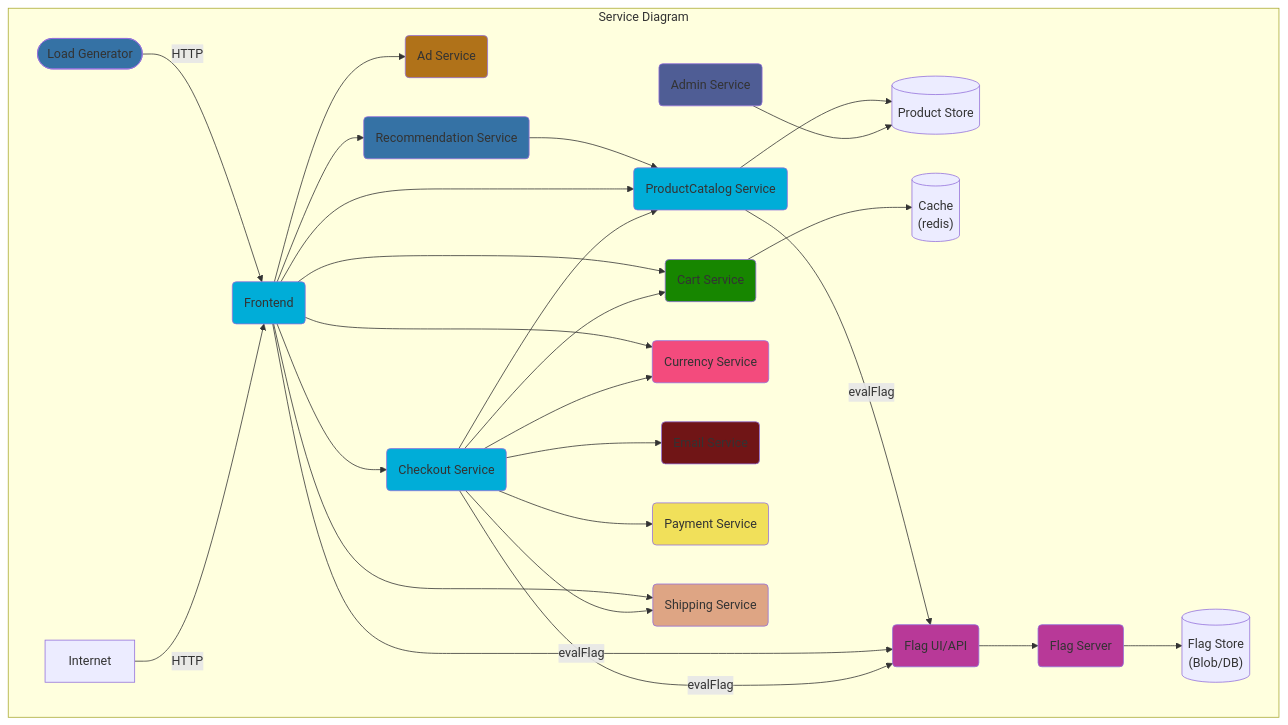
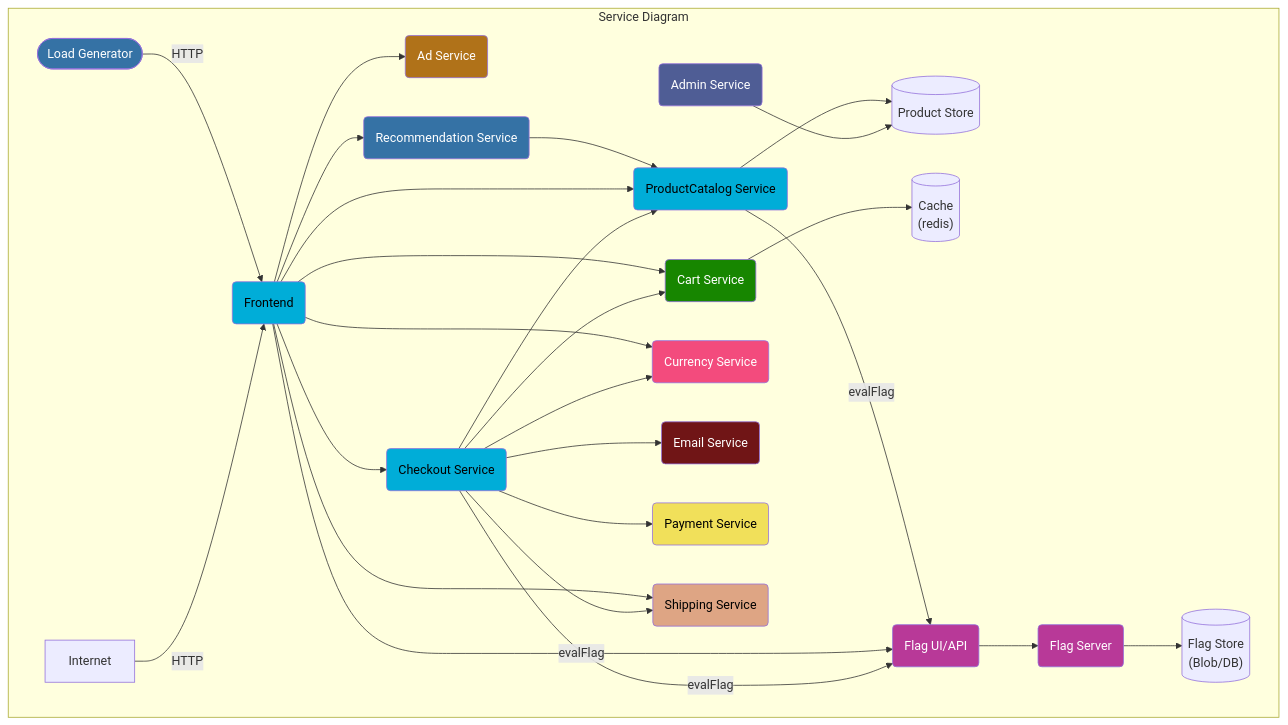
Before and after one commit to open-telemetry/opentelemetry-demo: the first of 2 diagrams in docs/v1Graph.md, drawn with Mermaid. The commit also changed other lines of this file, not shown here.

Commit message:
tweak colors of fonts

````diff
--- a/docs/v1Graph.md
+++ b/docs/v1Graph.md
@@ -5,62 +5,62 @@
 ```mermaid
 
 graph TD
 
 subgraph Service Diagram
 adservice(Ad Service):::java
 cache[(Cache<br/>&#40redis&#41)]
 cartservice(Cart Service):::dotnet
 checkoutservice(Checkout Service):::golang
 currencyservice(Currency Service):::cpp
 emailservice(Email Service):::ruby
 frontend(Frontend):::golang
 loadgenerator([Load Generator]):::python
 paymentservice(Payment Service):::nodejs
 productcatalogservice(ProductCatalog Service):::golang
 recommendationservice(Recommendation Service):::python
 shippingservice(Shipping Service):::rust
 adminservice(Admin Service):::php
 productstore[(Product Store)]:::db
 
 Internet -->|HTTP| frontend
 loadgenerator -->|HTTP| frontend
 adminservice --> productstore
 
 checkoutservice --> cartservice --> cache
 checkoutservice --> productcatalogservice
 checkoutservice --> currencyservice
 checkoutservice --> emailservice
 checkoutservice --> paymentservice
 checkoutservice --> shippingservice
 checkoutservice --> |evalFlag| featureflagfeservice
 
 frontend --> adservice
 frontend --> cartservice
 frontend --> productcatalogservice
 frontend --> checkoutservice
 frontend --> currencyservice
 frontend --> recommendationservice --> productcatalogservice
 frontend --> shippingservice
 frontend --> |evalFlag| featureflagfeservice
 
 productcatalogservice --> |evalFlag| featureflagfeservice
 productcatalogservice --> productstore
 
 featureflagbeservice(Flag Server):::erlang
 featureflagfeservice(Flag UI/API):::erlang
 featureflagstore[(Flag Store<br/>&#40Blob/DB&#41)]
 
 featureflagfeservice --> featureflagbeservice --> featureflagstore  
 
 end
-classDef java fill:#b07219;
-classDef dotnet fill:#178600;
-classDef golang fill:#00add8;
-classDef cpp fill:#f34b7d;
-classDef ruby fill:#701516;
-classDef python fill:#3572A5;
-classDef nodejs fill:#f1e05a;
-classDef rust fill:#dea584;
-classDef erlang fill:#b83998;
-classDef php fill:#4f5d95;
+classDef java fill:#b07219,color:white;
+classDef dotnet fill:#178600,color:white;
+classDef golang fill:#00add8,color:black;
+classDef cpp fill:#f34b7d,color:white;
+classDef ruby fill:#701516,color:white;
+classDef python fill:#3572A5,color:white;
+classDef nodejs fill:#f1e05a,color:black;
+classDef rust fill:#dea584,color:black;
+classDef erlang fill:#b83998,color:white;
+classDef php fill:#4f5d95,color:white;
 ```
````
